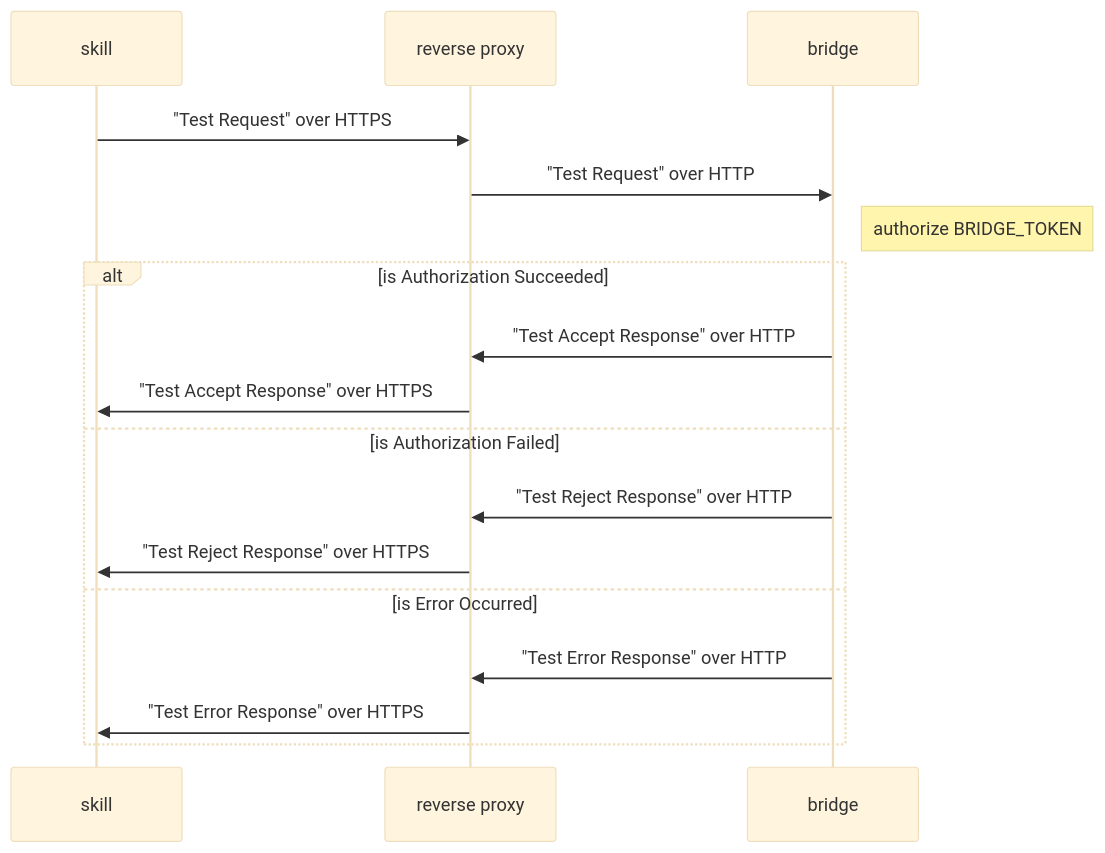
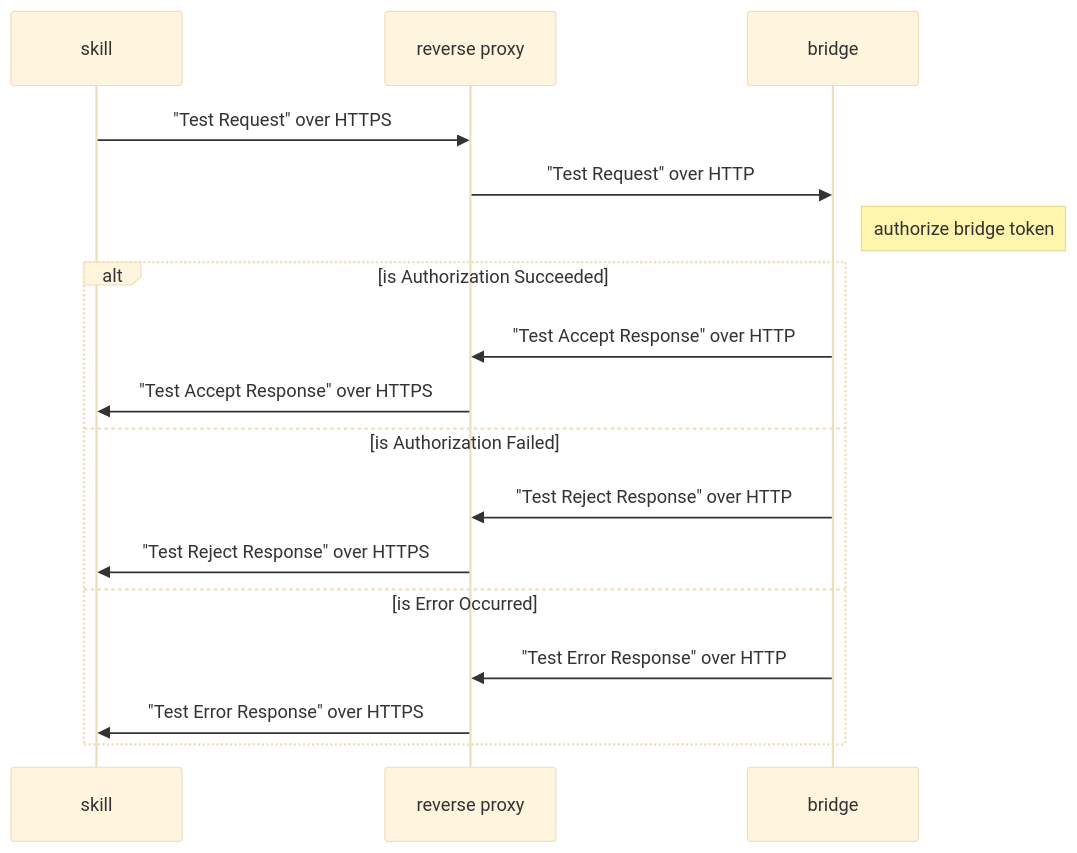
The second of 3 diagrams in docs/pages/skill-to-bridge-interface.md (pebender/alexa-for-lg-webos-tv), drawn with Mermaid (base theme) before and after one commit. The commit also changed other lines of this file and 1 other file, not shown here.

````diff
--- a/docs/pages/skill-to-bridge-interface.md
+++ b/docs/pages/skill-to-bridge-interface.md
@@ -181,20 +181,20 @@
 ```mermaid
 sequenceDiagram
   participant skill as skill
   participant proxy as reverse proxy
   participant bridge as bridge
 
   skill->>proxy: "Test Request" over HTTPS
   proxy->>bridge: "Test Request" over HTTP
-  note right of bridge: authorize BRIDGE_TOKEN
+  note right of bridge: authorize bridge token
   alt is Authorization Succeeded
     bridge->>proxy: "Test Accept Response" over HTTP
     proxy->>skill: "Test Accept Response" over HTTPS
   else is Authorization Failed
     bridge->>proxy: "Test Reject Response" over HTTP
     proxy->>skill: "Test Reject Response" over HTTPS
   else is Error Occurred
     bridge->>proxy: "Test Error Response" over HTTP
     proxy->>skill: "Test Error Response" over HTTPS
   end
 ```
````
